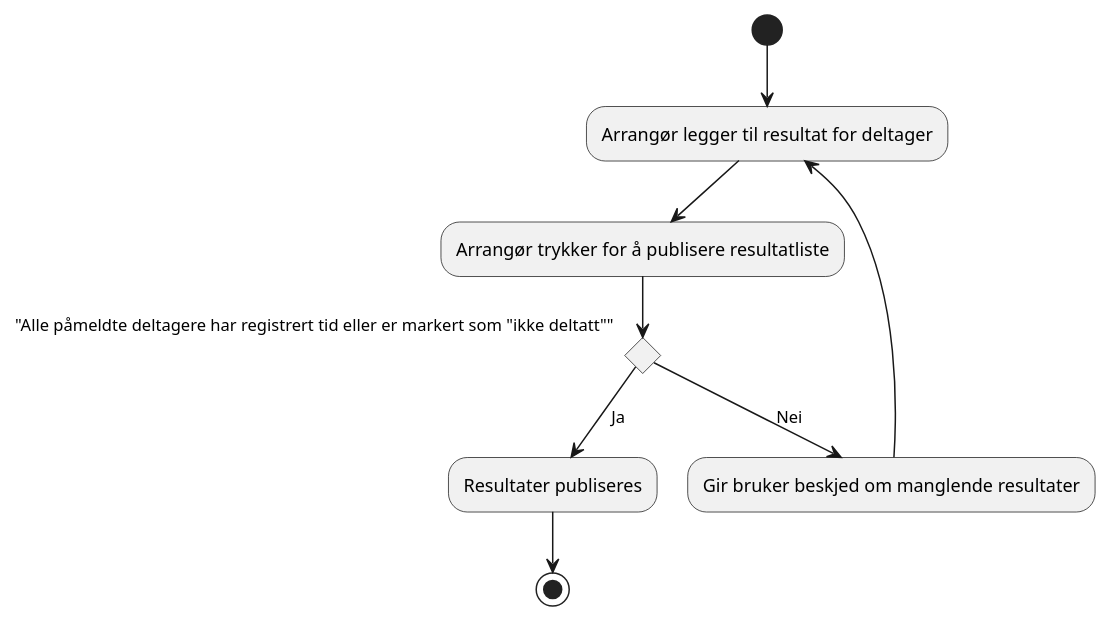
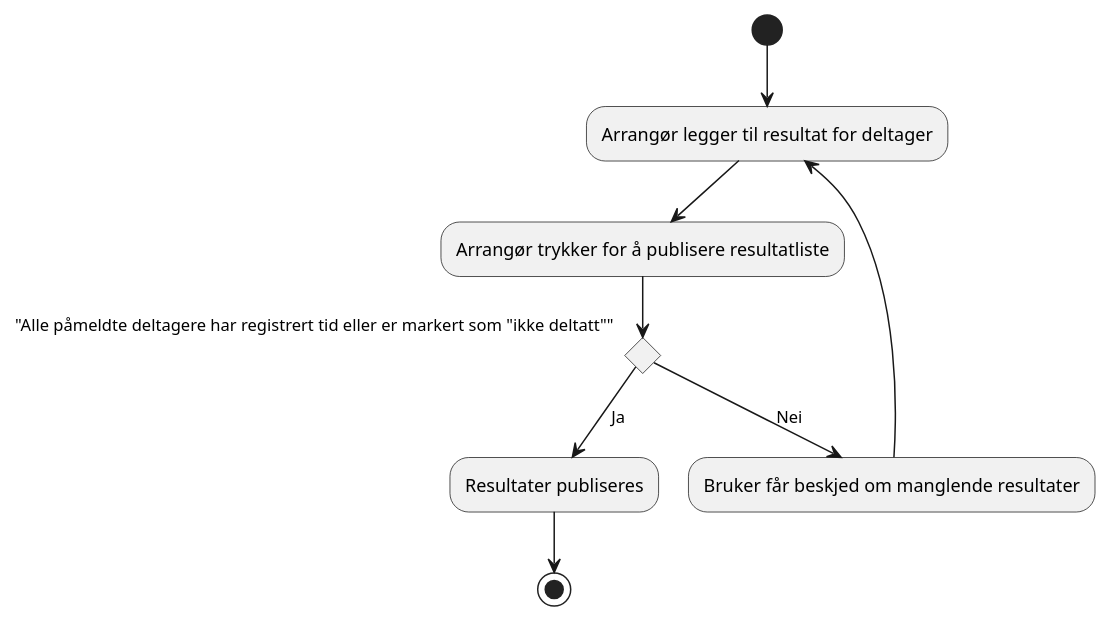
One commit to GossipDolphin/software_prosjekt_18 changed the diagram in diagrammer/aktivitetsdiagram/Arrangoer_registrerer_resultater.puml. Above: the diagram before and after it, drawn with PlantUML.

Commit message:
Oppdatering av aktivitetsdiagram. Omformuleringen av noen ord -> mer sammenhengende bruk av norsk.

```diff
--- a/diagrammer/aktivitetsdiagram/Arrangoer_registrerer_resultater.puml
+++ b/diagrammer/aktivitetsdiagram/Arrangoer_registrerer_resultater.puml
@@ -1,15 +1,15 @@
 @startuml
 (*)  --> "Arrangør legger til resultat for deltager"
 --> Arrangør trykker for å publisere resultatliste
 
 If "Alle påmeldte deltagere har registrert tid eller er markert som "ikke deltatt"" then
 --> [Ja] "Resultater publiseres"
 -->(*)
 
 else
---> [Nei] "Gir bruker beskjed om manglende resultater"
+--> [Nei] "Bruker får beskjed om manglende resultater"
 --> "Arrangør legger til resultat for deltager"
 
 Endif
 
 @enduml
```
